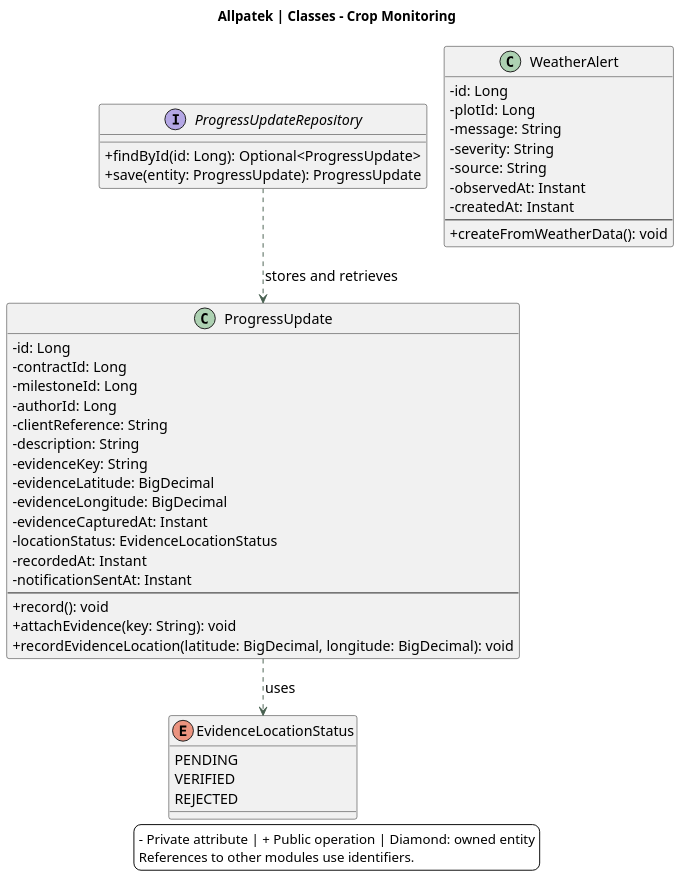
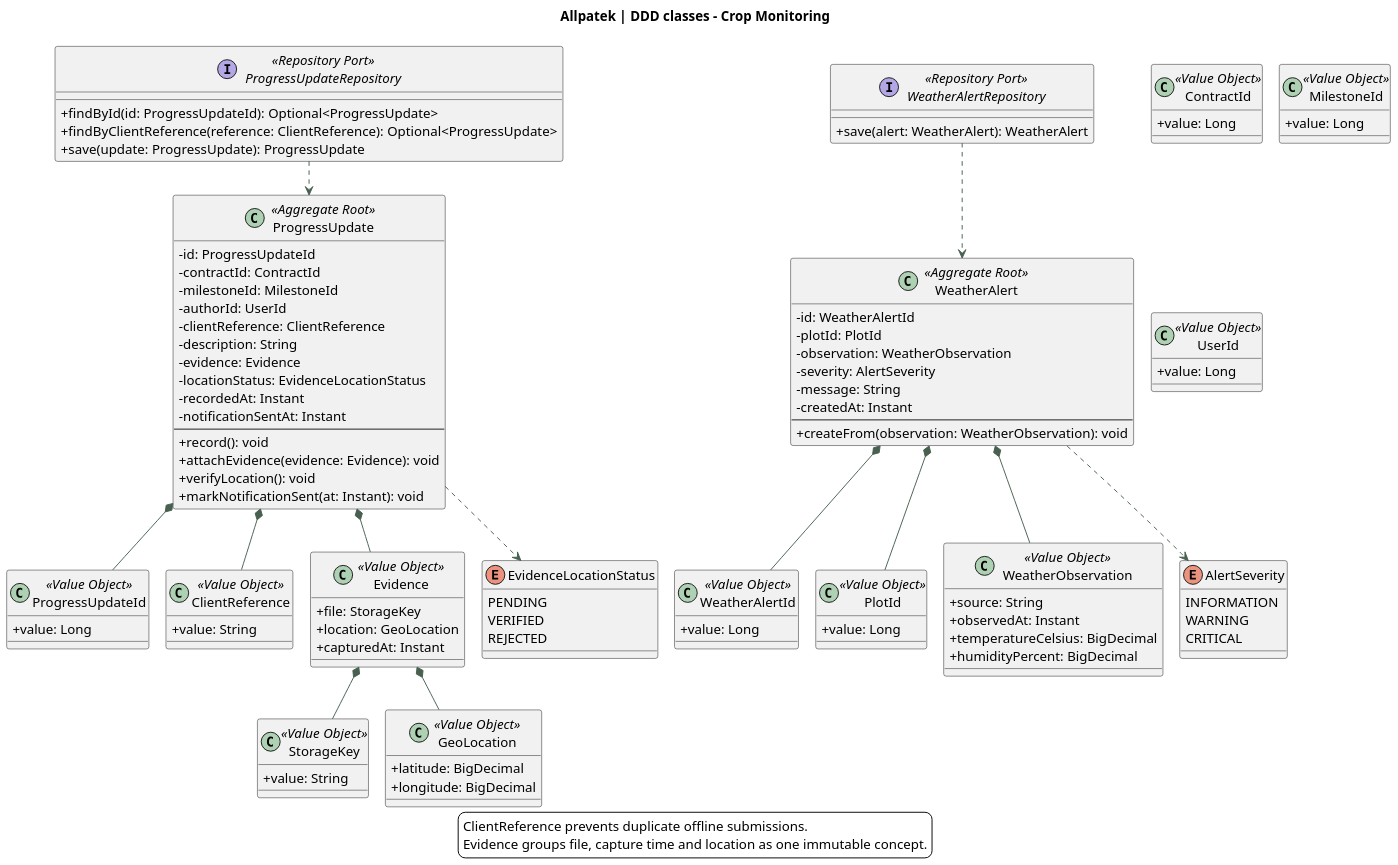
Before and after one commit to upc-pre-202620-1asi0729-7753-Terranova/allpatek-report: the diagram in assets/chapter-04/architecture/12-classes-monitoring.puml, drawn with PlantUML. The commit also changed 14 other files, not shown here.

Commit message:
docs(domain): align class diagrams with DDD value objects

```diff
--- a/assets/chapter-04/architecture/12-classes-monitoring.puml
+++ b/assets/chapter-04/architecture/12-classes-monitoring.puml
@@ -1,57 +1,119 @@
 @startuml
 !pragma layout smetana
 skinparam backgroundColor white
 skinparam defaultFontName SansSerif
-skinparam defaultFontSize 15
+skinparam defaultFontSize 14
 skinparam shadowing false
 skinparam classAttributeIconSize 0
 skinparam ArrowColor #476050
 skinparam dpi 140
-title Allpatek | Classes - Crop Monitoring
+title Allpatek | DDD classes - Crop Monitoring
 top to bottom direction
-class ProgressUpdate {
- -id: Long
- -contractId: Long
- -milestoneId: Long
- -authorId: Long
- -clientReference: String
+
+class ProgressUpdate <<Aggregate Root>> {
+ -id: ProgressUpdateId
+ -contractId: ContractId
+ -milestoneId: MilestoneId
+ -authorId: UserId
+ -clientReference: ClientReference
  -description: String
- -evidenceKey: String
- -evidenceLatitude: BigDecimal
- -evidenceLongitude: BigDecimal
- -evidenceCapturedAt: Instant
+ -evidence: Evidence
  -locationStatus: EvidenceLocationStatus
  -recordedAt: Instant
  -notificationSentAt: Instant
  --
-+record(): void
-+attachEvidence(key: String): void
-+recordEvidenceLocation(latitude: BigDecimal, longitude: BigDecimal): void
+ +record(): void
+ +attachEvidence(evidence: Evidence): void
+ +verifyLocation(): void
+ +markNotificationSent(at: Instant): void
 }
-class WeatherAlert {
- -id: Long
- -plotId: Long
+
+class WeatherAlert <<Aggregate Root>> {
+ -id: WeatherAlertId
+ -plotId: PlotId
+ -observation: WeatherObservation
+ -severity: AlertSeverity
  -message: String
- -severity: String
- -source: String
- -observedAt: Instant
  -createdAt: Instant
  --
-+createFromWeatherData(): void
+ +createFrom(observation: WeatherObservation): void
 }
+
+class ProgressUpdateId <<Value Object>> {
+ +value: Long
+}
+class WeatherAlertId <<Value Object>> {
+ +value: Long
+}
+class ContractId <<Value Object>> {
+ +value: Long
+}
+class MilestoneId <<Value Object>> {
+ +value: Long
+}
+class UserId <<Value Object>> {
+ +value: Long
+}
+class PlotId <<Value Object>> {
+ +value: Long
+}
+class ClientReference <<Value Object>> {
+ +value: String
+}
+class StorageKey <<Value Object>> {
+ +value: String
+}
+class GeoLocation <<Value Object>> {
+ +latitude: BigDecimal
+ +longitude: BigDecimal
+}
+class Evidence <<Value Object>> {
+ +file: StorageKey
+ +location: GeoLocation
+ +capturedAt: Instant
+}
+class WeatherObservation <<Value Object>> {
+ +source: String
+ +observedAt: Instant
+ +temperatureCelsius: BigDecimal
+ +humidityPercent: BigDecimal
+}
+
 enum EvidenceLocationStatus {
-PENDING
-VERIFIED
-REJECTED
+ PENDING
+ VERIFIED
+ REJECTED
 }
-ProgressUpdate ..> EvidenceLocationStatus : uses
-interface ProgressUpdateRepository {
- +findById(id: Long): Optional<ProgressUpdate>
- +save(entity: ProgressUpdate): ProgressUpdate
+enum AlertSeverity {
+ INFORMATION
+ WARNING
+ CRITICAL
 }
-ProgressUpdateRepository ..> ProgressUpdate : stores and retrieves
+
+interface ProgressUpdateRepository <<Repository Port>> {
+ +findById(id: ProgressUpdateId): Optional<ProgressUpdate>
+ +findByClientReference(reference: ClientReference): Optional<ProgressUpdate>
+ +save(update: ProgressUpdate): ProgressUpdate
+}
+interface WeatherAlertRepository <<Repository Port>> {
+ +save(alert: WeatherAlert): WeatherAlert
+}
+
+ProgressUpdate *-- ProgressUpdateId
+ProgressUpdate *-- ClientReference
+ProgressUpdate *-- Evidence
+Evidence *-- StorageKey
+Evidence *-- GeoLocation
+ProgressUpdate ..> EvidenceLocationStatus
+WeatherAlert *-- WeatherAlertId
+WeatherAlert *-- PlotId
+WeatherAlert *-- WeatherObservation
+WeatherAlert ..> AlertSeverity
+ProgressUpdateRepository ..> ProgressUpdate
+WeatherAlertRepository ..> WeatherAlert
+
 legend bottom
-- Private attribute | + Public operation | Diamond: owned entity
-References to other modules use identifiers.
+ClientReference prevents duplicate offline submissions.
+Evidence groups file, capture time and location as one immutable concept.
 endlegend
 @enduml
```
